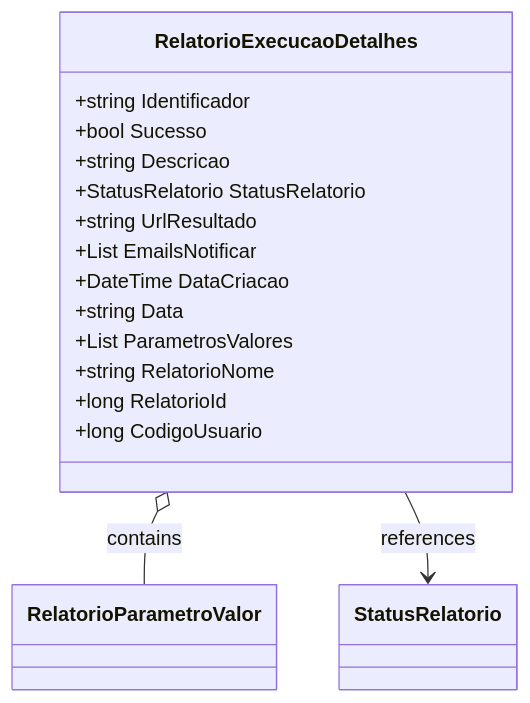
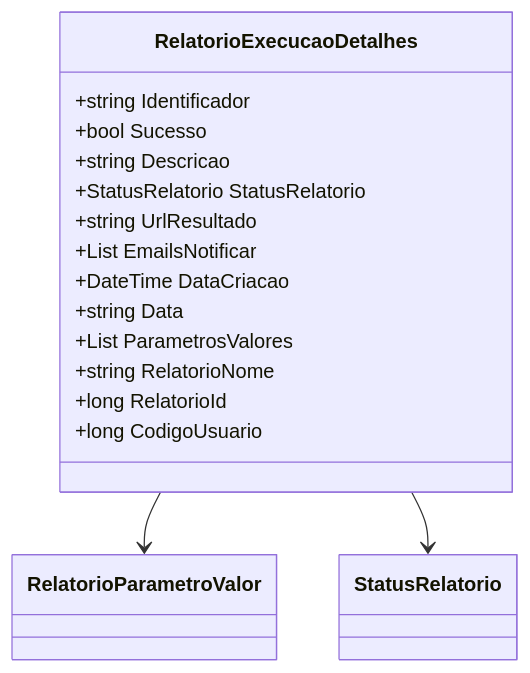
The diagram in docs/b2b-dominio/IsthmusWinthor.Nucleo/IsthmusWinthor.Dominio/Relatorios/Execucao/RelatorioExecucaoDetalhes.md (IsthmusSistemas/documentacao-tecnica), drawn with Mermaid before and after one commit. The commit also changed other lines of this file and 882 other files, not shown here.

````diff
--- a/docs/b2b-dominio/IsthmusWinthor.Nucleo/IsthmusWinthor.Dominio/Relatorios/Execucao/RelatorioExecucaoDetalhes.md
+++ b/docs/b2b-dominio/IsthmusWinthor.Nucleo/IsthmusWinthor.Dominio/Relatorios/Execucao/RelatorioExecucaoDetalhes.md
@@ -17,20 +18,20 @@
 ```mermaid
 classDiagram
     class RelatorioExecucaoDetalhes {
         +string Identificador
         +bool Sucesso
         +string Descricao
         +StatusRelatorio StatusRelatorio
         +string UrlResultado
         +List<string> EmailsNotificar
         +DateTime DataCriacao
         +string Data
         +List<RelatorioParametroValor> ParametrosValores
         +string RelatorioNome
         +long RelatorioId
         +long CodigoUsuario
     }
-    
-    RelatorioExecucaoDetalhes o-- RelatorioParametroValor : contains
-    RelatorioExecucaoDetalhes --> StatusRelatorio : references
+
+    RelatorioExecucaoDetalhes --> RelatorioParametroValor
+    RelatorioExecucaoDetalhes --> StatusRelatorio
 ```
````
